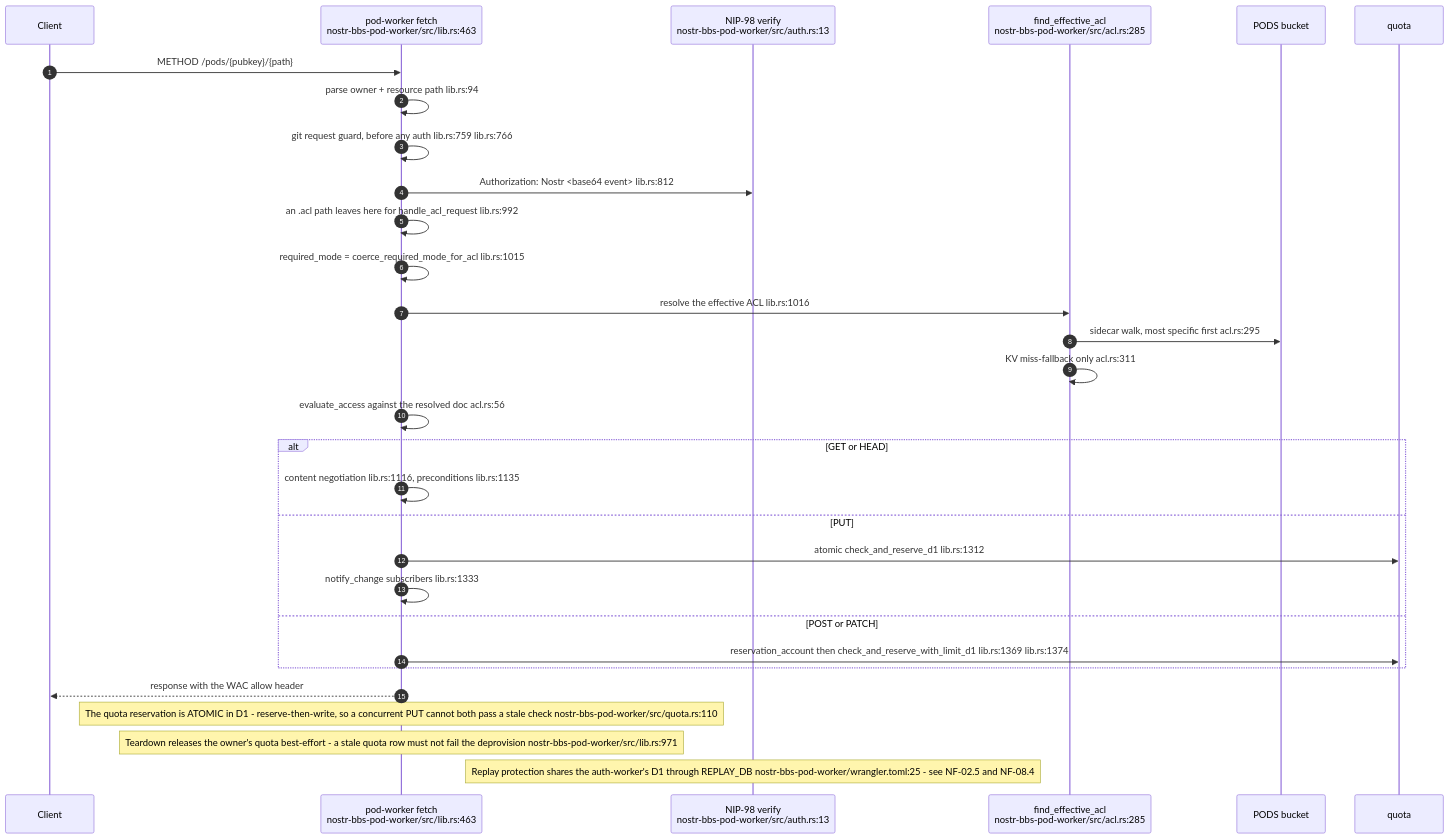
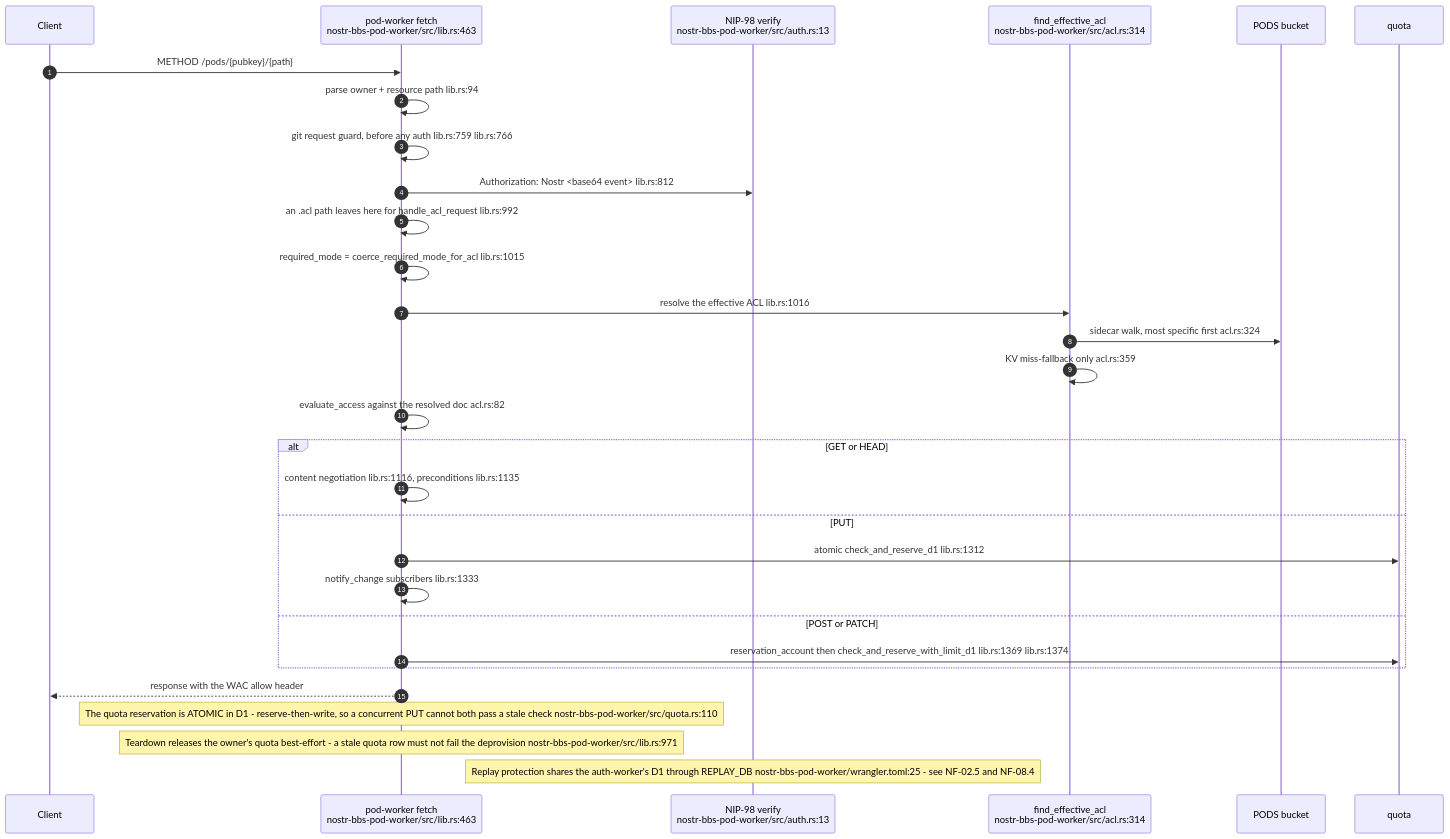
The second of 10 diagrams in docs/diagrams/nostr-rust-forum/04-pod-worker-ldp-wac-and-delegation.md (DreamLab-AI/VisionFlow), drawn with Mermaid before and after one commit. The commit also changed other lines of this file and 59 other files, not shown here.

First line of the commit message:
docs(diagrams): re-derive and re-stamp forum, website, pod, ontomark and sealmap topics

````diff
--- a/docs/diagrams/nostr-rust-forum/04-pod-worker-ldp-wac-and-delegation.md
+++ b/docs/diagrams/nostr-rust-forum/04-pod-worker-ldp-wac-and-delegation.md
@@ -71,34 +71,34 @@
 ```mermaid
 sequenceDiagram
     autonumber
     participant C as Client
     participant W as pod-worker fetch<br/>nostr-bbs-pod-worker/src/lib.rs:463
     participant A as NIP-98 verify<br/>nostr-bbs-pod-worker/src/auth.rs:13
-    participant ACL as find_effective_acl<br/>nostr-bbs-pod-worker/src/acl.rs:285
+    participant ACL as find_effective_acl<br/>nostr-bbs-pod-worker/src/acl.rs:314
     participant R2 as PODS bucket
     participant Q as quota
 
     C->>W: METHOD /pods/{pubkey}/{path}
     W->>W: parse owner + resource path lib.rs:94
     W->>W: git request guard, before any auth lib.rs:759 lib.rs:766
     W->>A: Authorization: Nostr <base64 event> lib.rs:812
     W->>W: an .acl path leaves here for handle_acl_request lib.rs:992
     W->>W: required_mode = coerce_required_mode_for_acl lib.rs:1015
     W->>ACL: resolve the effective ACL lib.rs:1016
-    ACL->>R2: sidecar walk, most specific first acl.rs:295
-    ACL->>ACL: KV miss-fallback only acl.rs:311
-    W->>W: evaluate_access against the resolved doc acl.rs:56
+    ACL->>R2: sidecar walk, most specific first acl.rs:324
+    ACL->>ACL: KV miss-fallback only acl.rs:359
+    W->>W: evaluate_access against the resolved doc acl.rs:82
     alt GET or HEAD
         W->>W: content negotiation lib.rs:1116, preconditions lib.rs:1135
     else PUT
         W->>Q: atomic check_and_reserve_d1 lib.rs:1312
         W->>W: notify_change subscribers lib.rs:1333
     else POST or PATCH
         W->>Q: reservation_account then check_and_reserve_with_limit_d1 lib.rs:1369 lib.rs:1374
     end
     W-->>C: response with the WAC allow header
 
     Note over W: The quota reservation is ATOMIC in D1 - reserve-then-write, so a concurrent PUT cannot both pass a stale check nostr-bbs-pod-worker/src/quota.rs:110
     Note over W: Teardown releases the owner's quota best-effort - a stale quota row must not fail the deprovision nostr-bbs-pod-worker/src/lib.rs:971
     Note over A: Replay protection shares the auth-worker's D1 through REPLAY_DB nostr-bbs-pod-worker/wrangler.toml:25 - see NF-02.5 and NF-08.4
 ```
````
